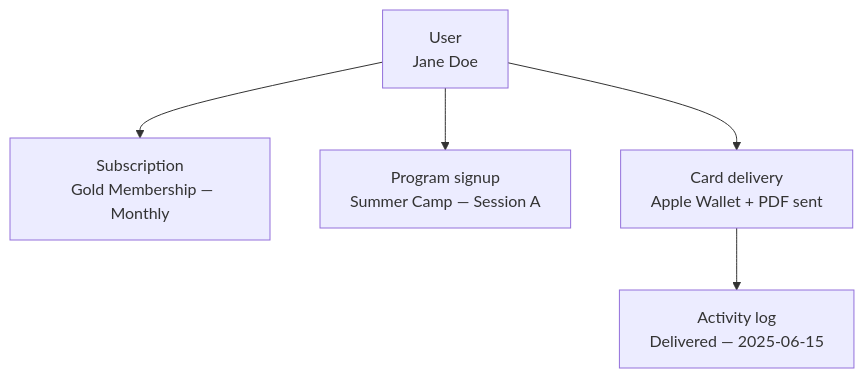
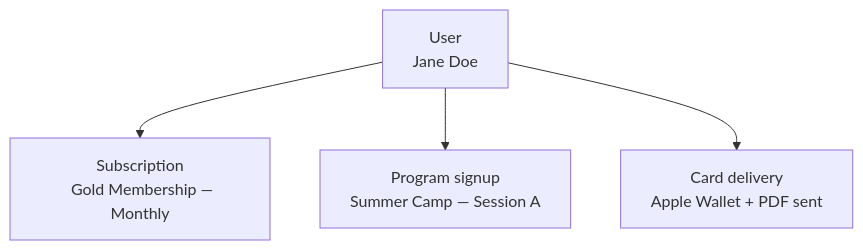
The diagram in docs/guides/users-overview.md (communal-hub/communal-api-docs), drawn with Mermaid before and after one commit. The commit also changed other lines of this file and 12 other files, not shown here.

````diff
--- a/docs/guides/users-overview.md
+++ b/docs/guides/users-overview.md
@@ -36,13 +18,11 @@
 ```mermaid
 flowchart TD
   U["User
   Jane Doe"]
   U --> S["Subscription
   Gold Membership — Monthly"]
   U --> PS["Program signup
   Summer Camp — Session A"]
   U --> MC["Card delivery
   Apple Wallet + PDF sent"]
-  MC --> Act["Activity log
-  Delivered — 2025-06-15"]
 ```
````
